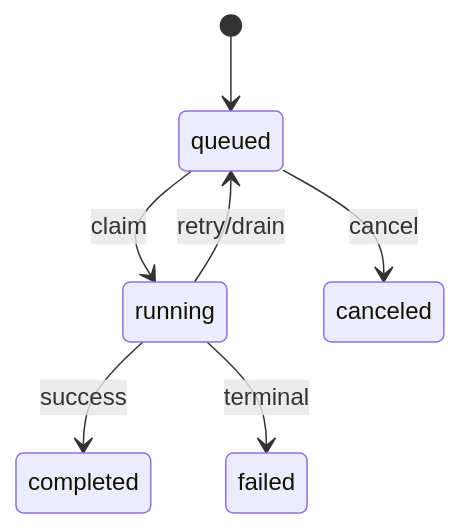
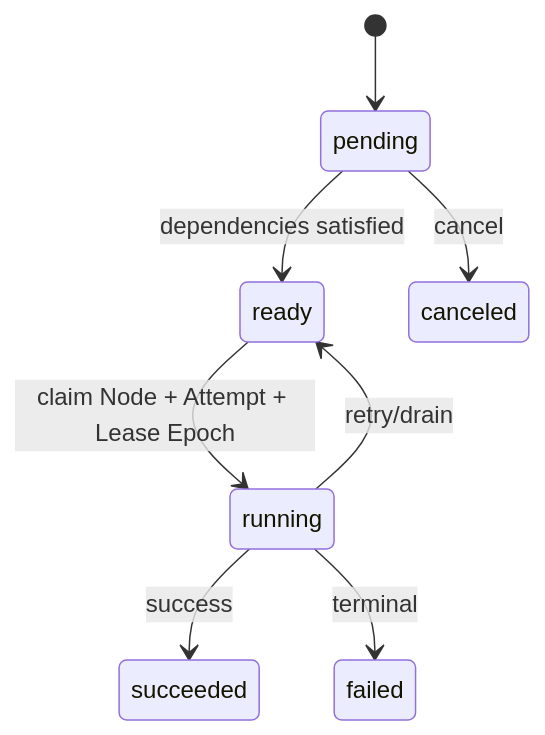
One commit to fwtllh-png/CodeHelper changed the diagram in docs/book/zh-CN/09-task-orchestration/01-task-worker-executor.md. Above: the diagram before and after it, drawn with Mermaid. The commit also changed other lines of this file and 314 other files, not shown here.

````diff
--- a/docs/book/zh-CN/09-task-orchestration/01-task-worker-executor.md
+++ b/docs/book/zh-CN/09-task-orchestration/01-task-worker-executor.md
@@ -38,9 +46,10 @@
 ```mermaid
 stateDiagram-v2
-    [*] --> queued
-    queued --> running: claim
-    running --> completed: success
-    running --> queued: retry/drain
+    [*] --> pending
+    pending --> ready: dependencies satisfied
+    ready --> running: claim Node + Attempt + Lease Epoch
+    running --> succeeded: success
+    running --> ready: retry/drain
     running --> failed: terminal
-    queued --> canceled: cancel
+    pending --> canceled: cancel
 ```
````
